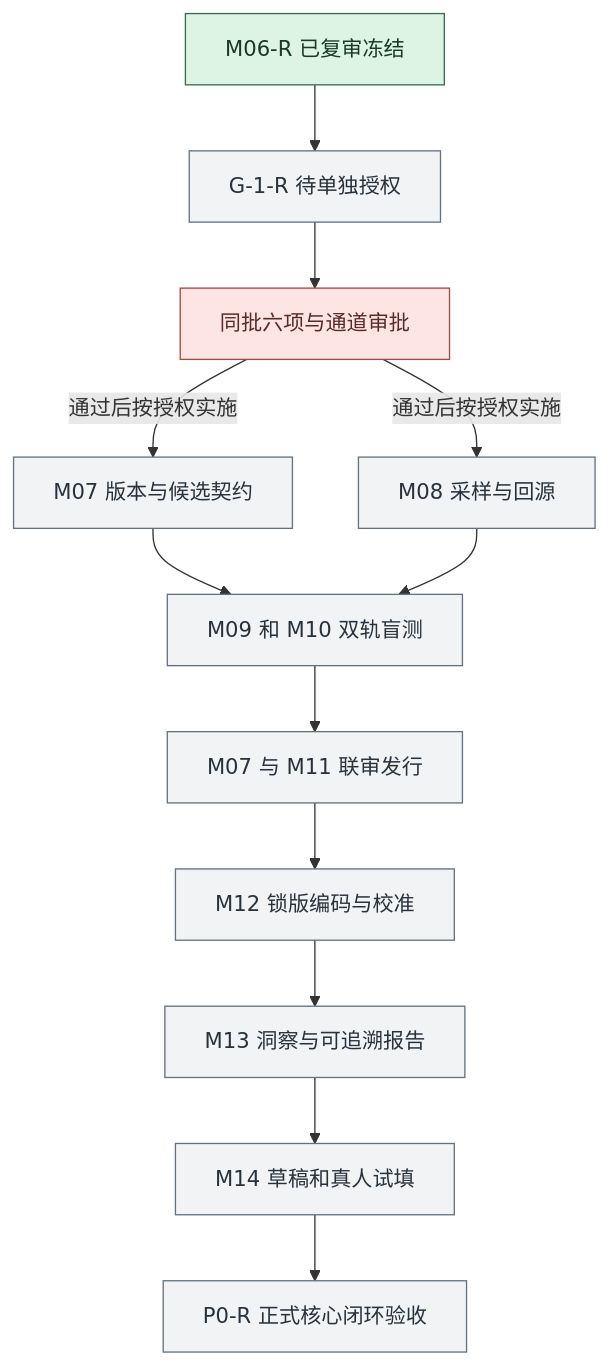
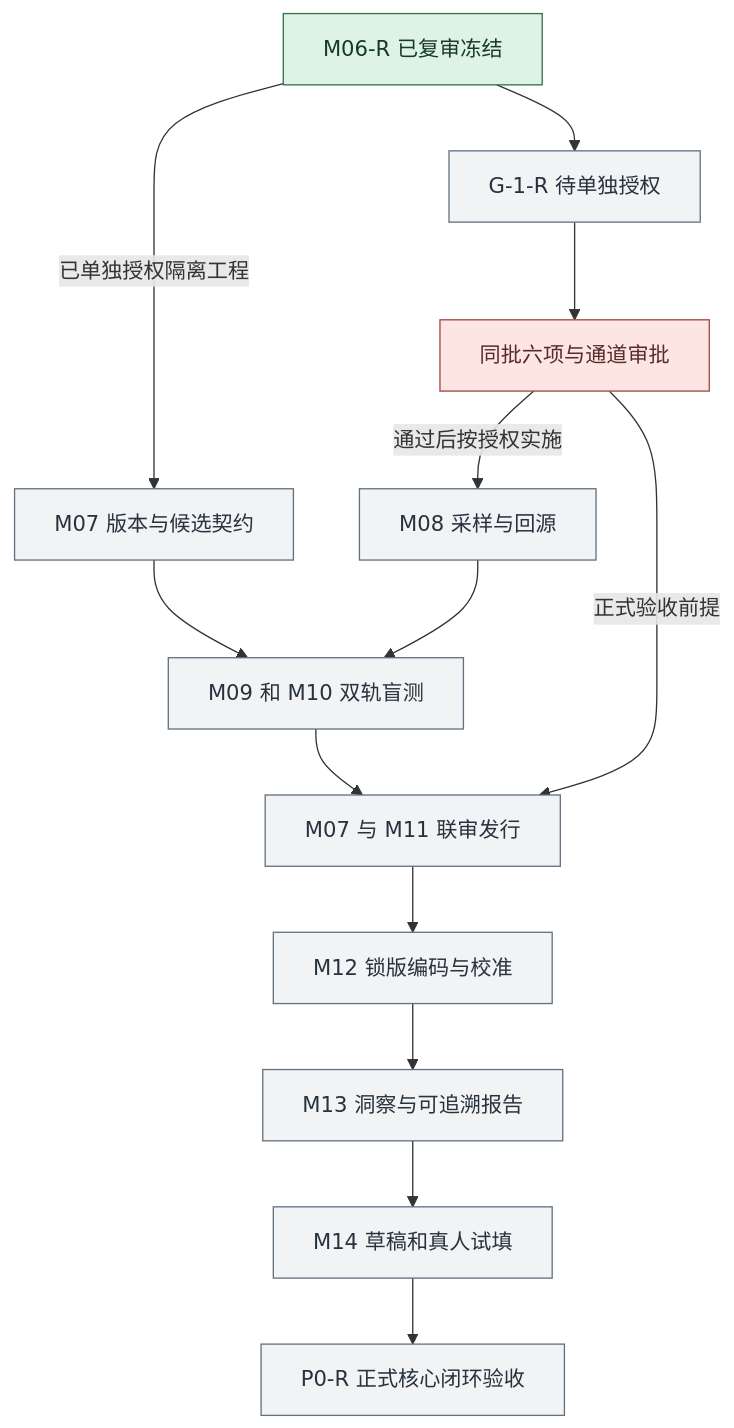
One commit to kurikiwoods-coder/voc-research-workbench changed the second of 3 diagrams in docs/planning/development-sequence.md. Above: the diagram before and after it, drawn with Mermaid. The commit also changed other lines of this file and 41 other files, not shown here.

````diff
--- a/docs/planning/development-sequence.md
+++ b/docs/planning/development-sequence.md
@@ -45,20 +45,21 @@
 ```mermaid
 flowchart TD
     Freeze["M06-R 已复审冻结"] --> Recheck["G-1-R 待单独授权"]
     Recheck --> G1["同批六项与通道审批"]
-    G1 -->|通过后按授权实施| Register["M07 版本与候选契约"]
+    Freeze -->|已单独授权隔离工程| Register["M07 版本与候选契约"]
     G1 -->|通过后按授权实施| Collect["M08 采样与回源"]
     Register --> Discover["M09 和 M10 双轨盲测"]
     Collect --> Discover
     Discover --> Joint["M07 与 M11 联审发行"]
+    G1 -->|正式验收前提| Joint
     Joint --> Decide["M12 锁版编码与校准"]
     Decide --> Insight["M13 洞察与可追溯报告"]
     Insight --> Survey["M14 草稿和真人试填"]
     Survey --> P0R["P0-R 正式核心闭环验收"]
     classDef done fill:#DDF3E4,stroke:#35704C,color:#173B24
     classDef pending fill:#F1F3F5,stroke:#637180,color:#28323D
     classDef blocked fill:#FCE5E2,stroke:#A24943,color:#592B29
     class Freeze done
     class Recheck,Register,Collect,Discover,Joint,Decide,Insight,Survey,P0R pending
     class G1 blocked
 ```
````
